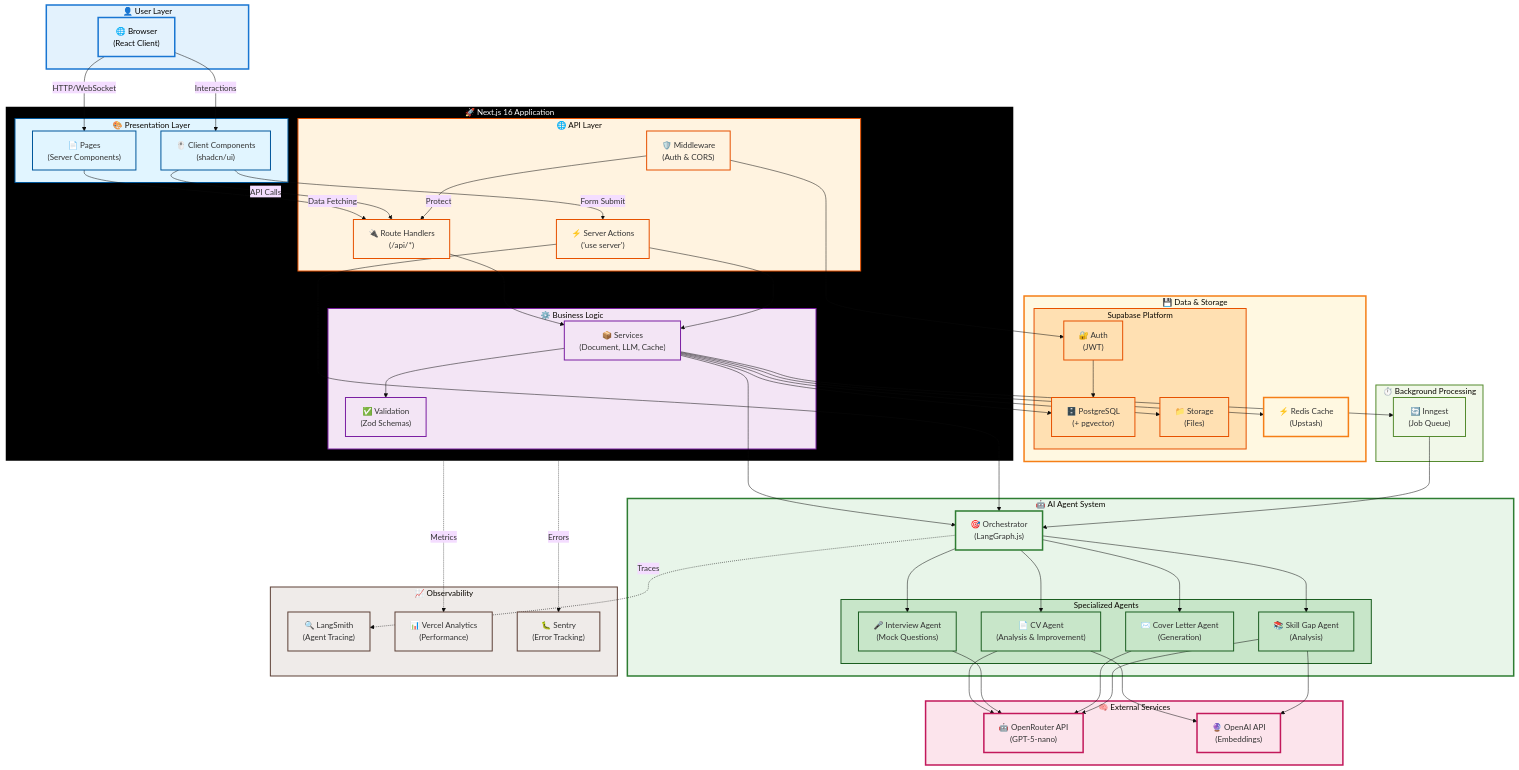
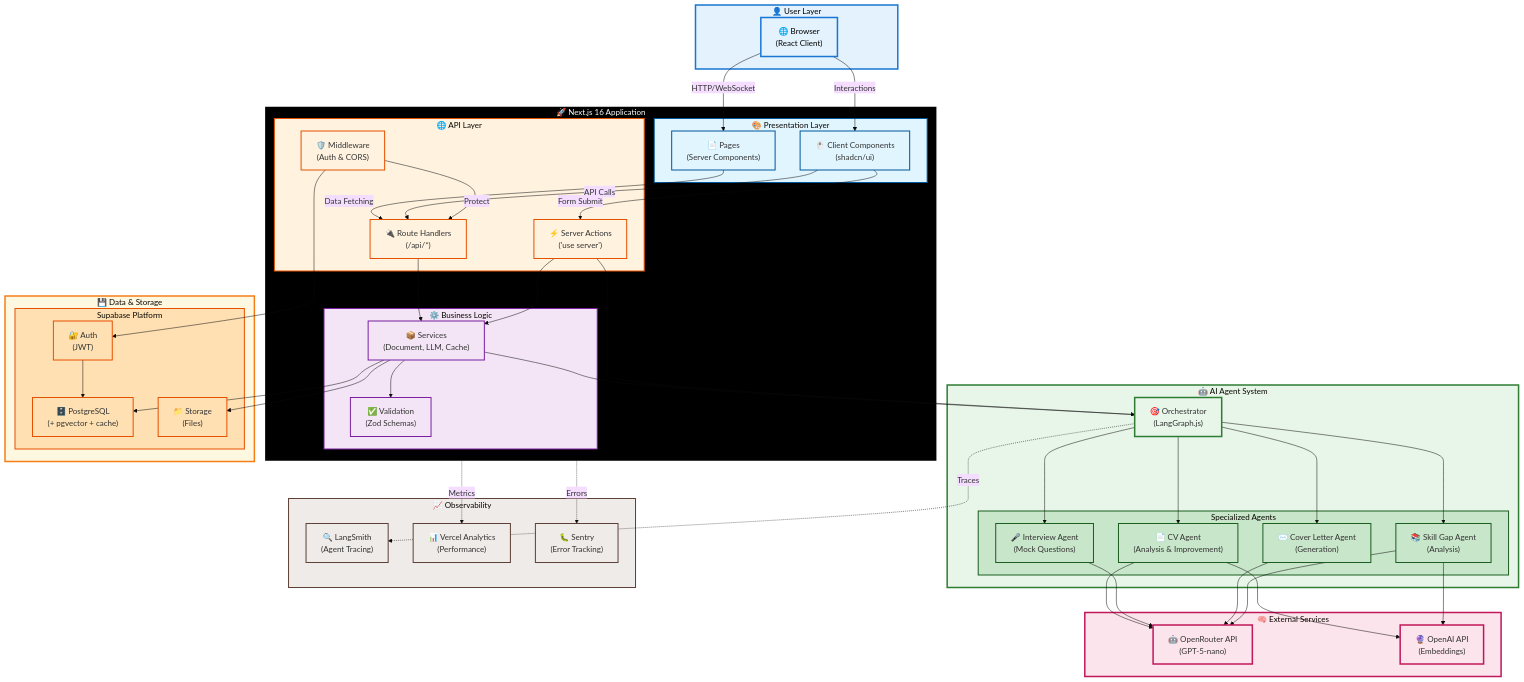
Before and after one commit to Ethanlam123/ai-job-hunt-agent: the first of 3 diagrams in spec-nextjs.md, drawn with Mermaid (base theme). The commit also changed other lines of this file and 2 other files, not shown here.

````diff
--- a/spec-nextjs.md
+++ b/spec-nextjs.md
@@ -72,22 +72,16 @@
 
     subgraph Data["💾 Data & Storage"]
         subgraph Supabase["Supabase Platform"]
-            PostgreSQL["🗄️ PostgreSQL<br/>(+ pgvector)"]
+            PostgreSQL["🗄️ PostgreSQL<br/>(+ pgvector + cache)"]
             SupabaseStorage["📁 Storage<br/>(Files)"]
             SupabaseAuth["🔐 Auth<br/>(JWT)"]
         end
-
-        Redis["⚡ Redis Cache<br/>(Upstash)"]
     end
 
     subgraph Monitoring["📈 Observability"]
         LangSmith["🔍 LangSmith<br/>(Agent Tracing)"]
         VercelAnalytics["📊 Vercel Analytics<br/>(Performance)"]
         ErrorTracking["🐛 Sentry<br/>(Error Tracking)"]
-    end
-
-    subgraph Background["⏱️ Background Processing"]
-        Inngest["🔄 Inngest<br/>(Job Queue)"]
     end
 
     %% User to Next.js
@@ -127,15 +121,10 @@
     %% Business to Data
     Services --> PostgreSQL
     Services --> SupabaseStorage
-    Services --> Redis
 
     %% Auth Integration
     Middleware --> SupabaseAuth
     SupabaseAuth --> PostgreSQL
-
-    %% Background Jobs
-    Services --> Inngest
-    Inngest --> Orchestrator
 
     %% Monitoring
     Orchestrator -.->|Traces| LangSmith
@@ -166,7 +155,5 @@
     class External,OpenRouter,OpenAI externalStyle
     class Data dataStyle
     class Supabase,PostgreSQL,SupabaseStorage,SupabaseAuth supabaseStyle
-    class Redis dataStyle
     class Monitoring,LangSmith,VercelAnalytics,ErrorTracking monitoringStyle
-    class Background,Inngest backgroundStyle
 ```
````
